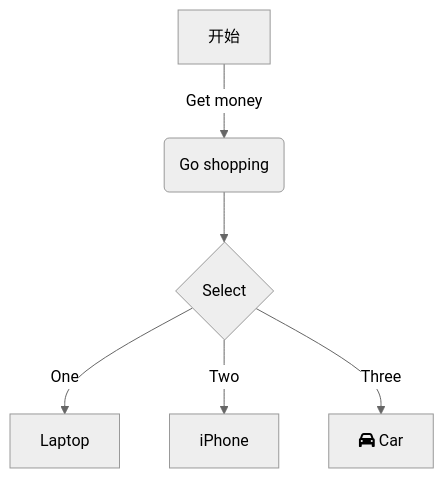
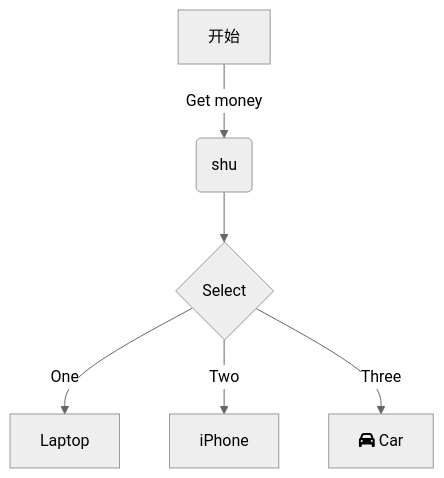
Before and after one commit to 2544622615/iodraw-files: the diagram in all/未命名-1.md, drawn with Mermaid (neutral theme).

Commit message:
2024-08-17 11:50:42 update

````diff
--- a/all/未命名-1.md
+++ b/all/未命名-1.md
@@ -1,8 +1,8 @@
 ```mermaid
 graph TD
-    A[开始] -->|Get money| B(Go shopping)
+    A[开始] -->|Get money| B(shu)
     B --> C{Select}
     C -->|One| D[Laptop]
     C -->|Two| E[iPhone]
     C -->|Three| F[fa:fa-car Car]
 ```
````
